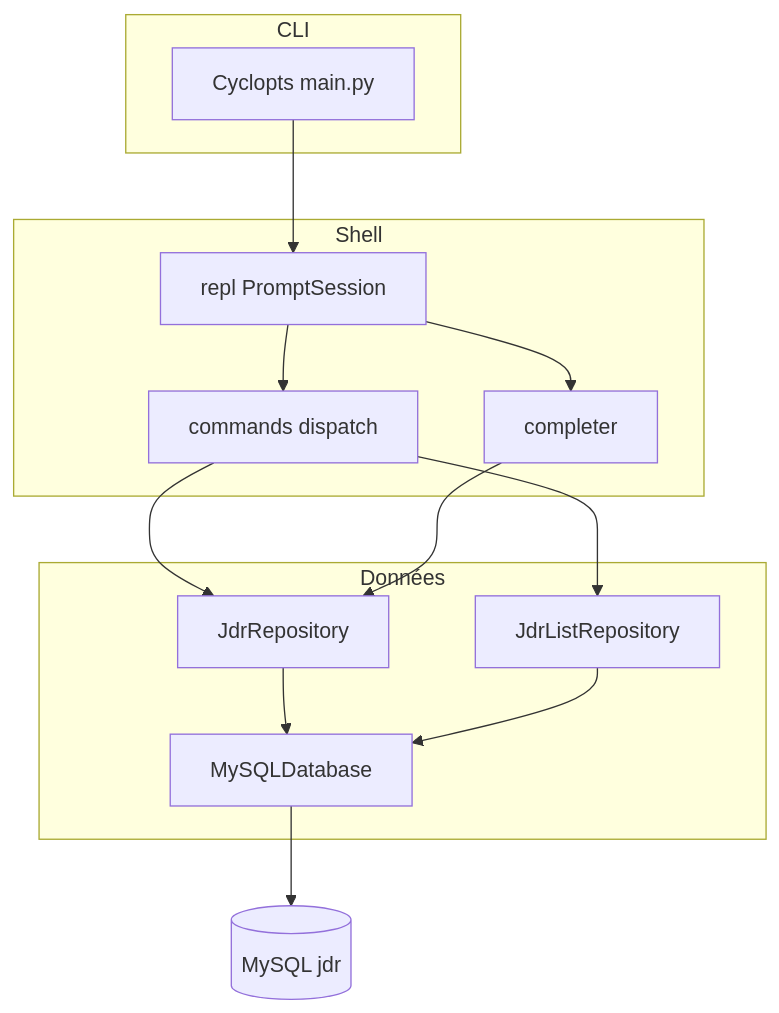
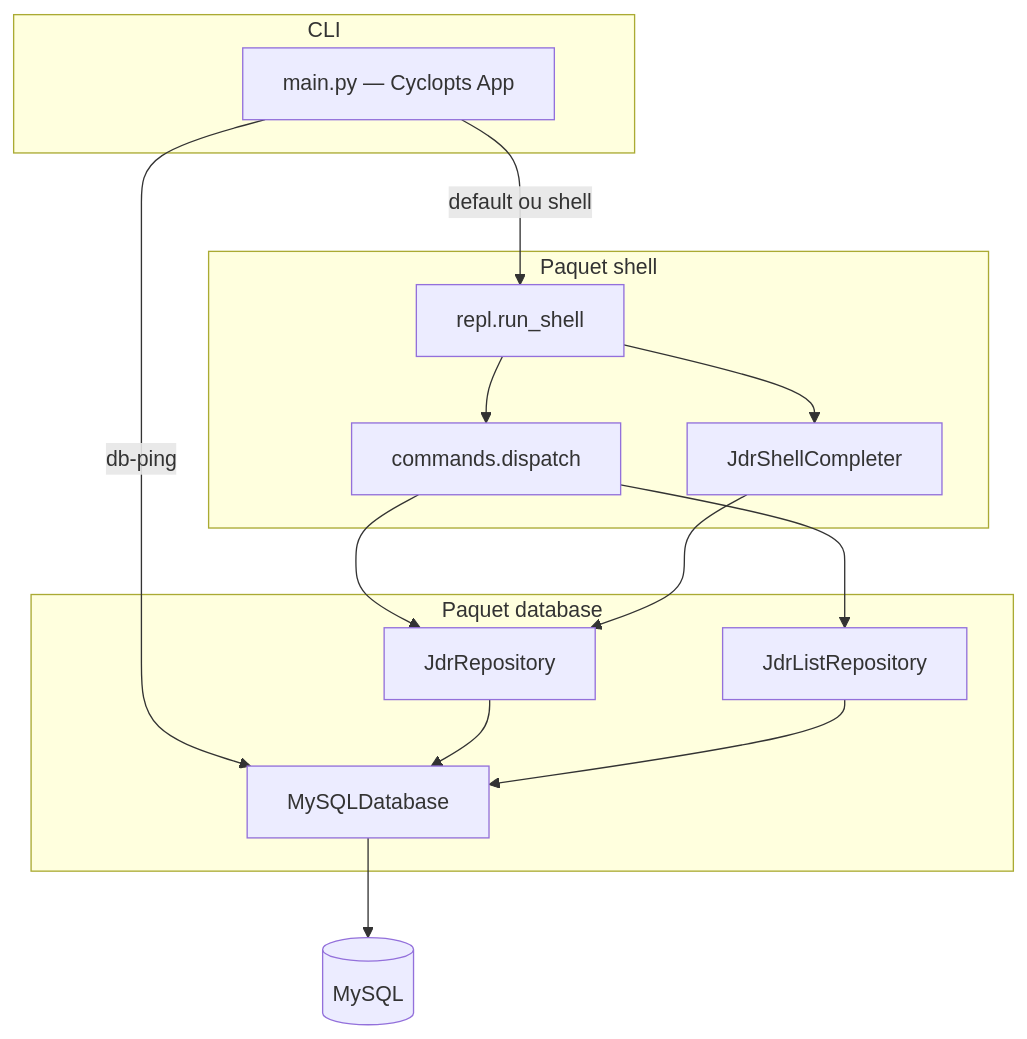
One commit to Primica/exampy changed the diagram in docs/index.md. Above: the diagram before and after it, drawn with Mermaid. The commit also changed other lines of this file and 8 other files, not shown here.

````diff
--- a/docs/index.md
+++ b/docs/index.md
@@ -21,26 +23,27 @@
 ```mermaid
 flowchart TB
-  subgraph cli [CLI]
-    Cyclopts[Cyclopts main.py]
+  subgraph cli["CLI"]
+    MAIN["main.py — Cyclopts App"]
   end
-  subgraph shell [Shell]
-    REPL[repl PromptSession]
-    Cmd[commands dispatch]
-    Comp[completer]
+  subgraph shell["Paquet shell"]
+    REPL[repl.run_shell]
+    DIS[commands.dispatch]
+    CMP[JdrShellCompleter]
   end
-  subgraph data [Données]
-    MySQLDB[MySQLDatabase]
-    Write[JdrRepository]
-    Read[JdrListRepository]
+  subgraph data["Paquet database"]
+    MY[MySQLDatabase]
+    JW[JdrRepository]
+    JL[JdrListRepository]
   end
-  DB[(MySQL jdr)]
-  Cyclopts --> REPL
-  REPL --> Cmd
-  REPL --> Comp
-  Cmd --> Write
-  Cmd --> Read
-  Comp --> Write
-  Write --> MySQLDB
-  Read --> MySQLDB
-  MySQLDB --> DB
+  DB[(MySQL)]
+  MAIN -->|default ou shell| REPL
+  MAIN -->|db-ping| MY
+  REPL --> DIS
+  REPL --> CMP
+  DIS --> JW
+  DIS --> JL
+  CMP --> JW
+  JW --> MY
+  JL --> MY
+  MY --> DB
 ```
````
